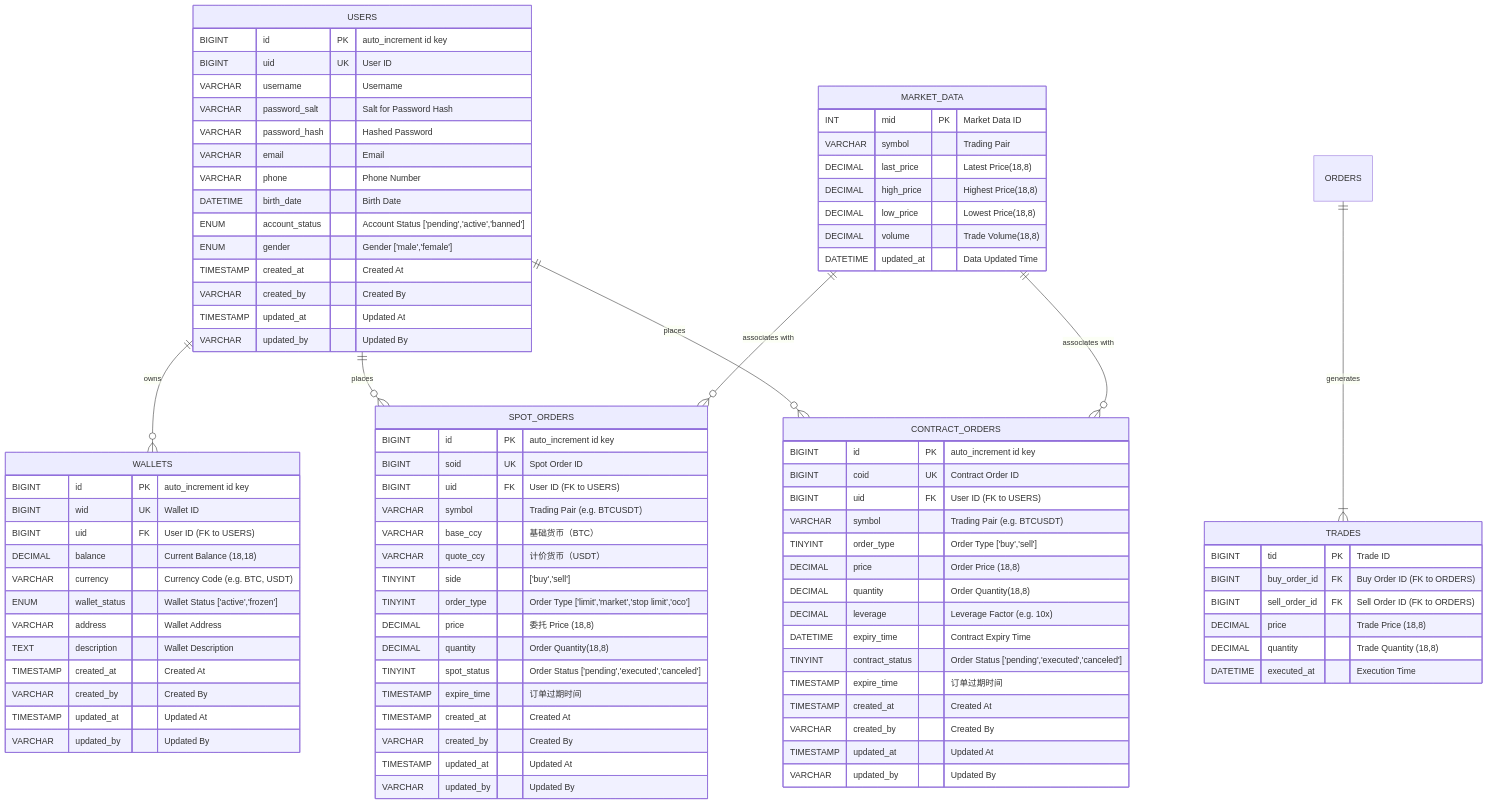
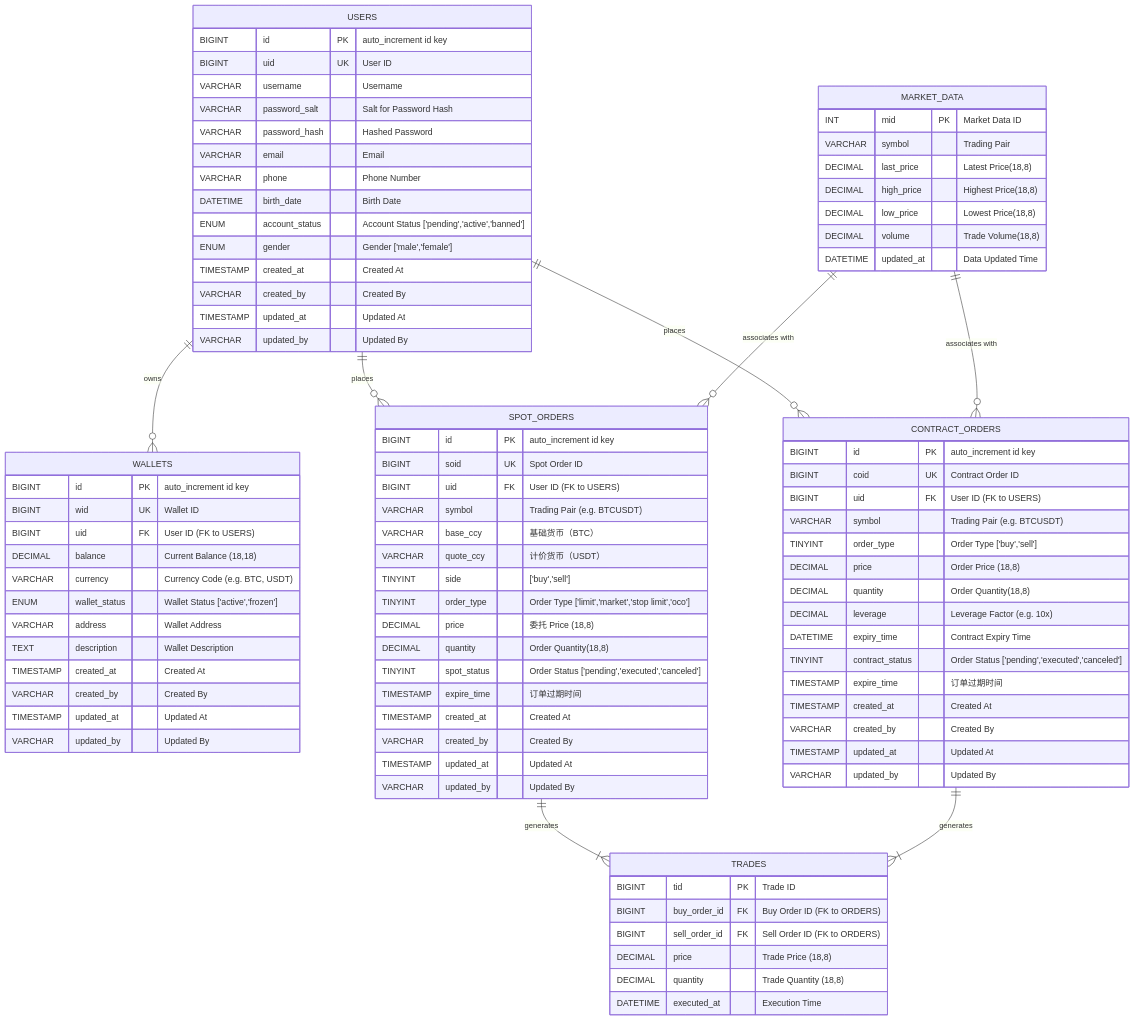
The second of 2 diagrams in README.md (NewbiePro/quantax_lab), drawn with Mermaid before and after one commit.

Commit message:
git init

````diff
--- a/README.md
+++ b/README.md
@@ -164,7 +164,8 @@
     USERS ||--o{ WALLETS : "owns"
     USERS ||--o{ SPOT_ORDERS : "places"
     USERS ||--o{ CONTRACT_ORDERS : "places"
-    ORDERS ||--|{ TRADES : "generates"
+    SPOT_ORDERS ||--|{ TRADES : "generates"
+    CONTRACT_ORDERS ||--|{ TRADES : "generates"
     MARKET_DATA ||--o{ SPOT_ORDERS : "associates with"
     MARKET_DATA ||--o{ CONTRACT_ORDERS : "associates with"
 ```
````
